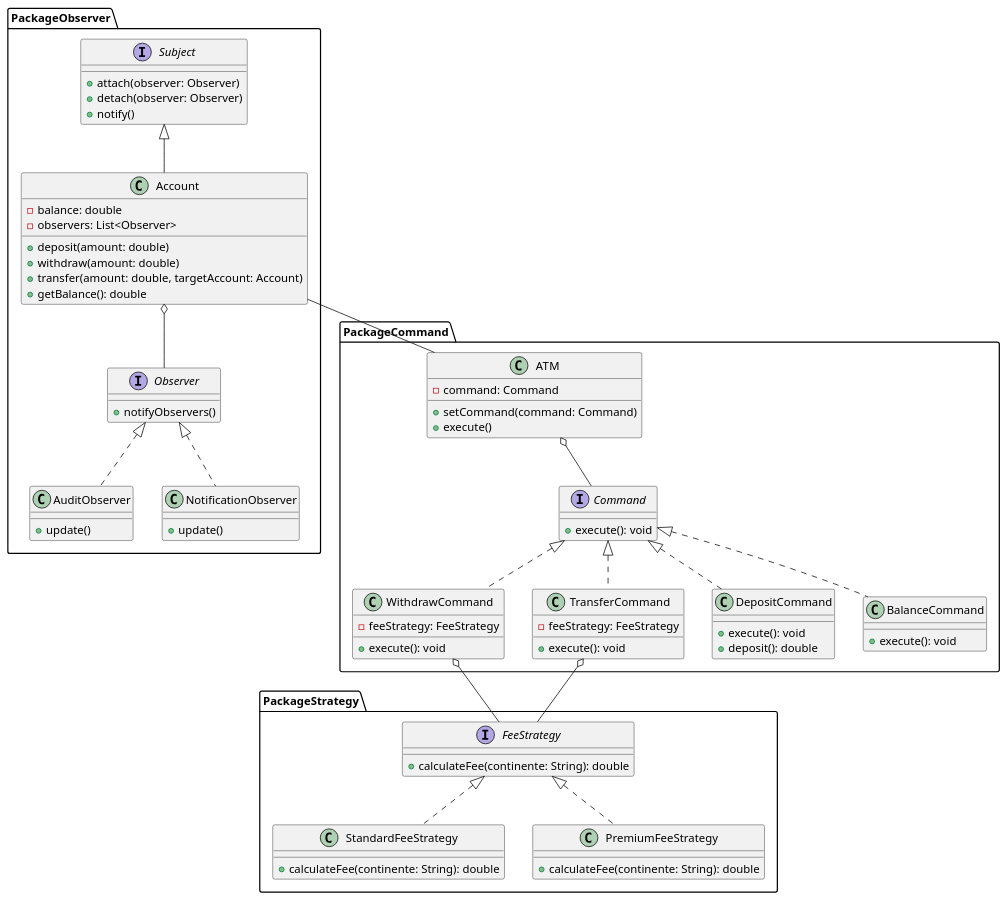
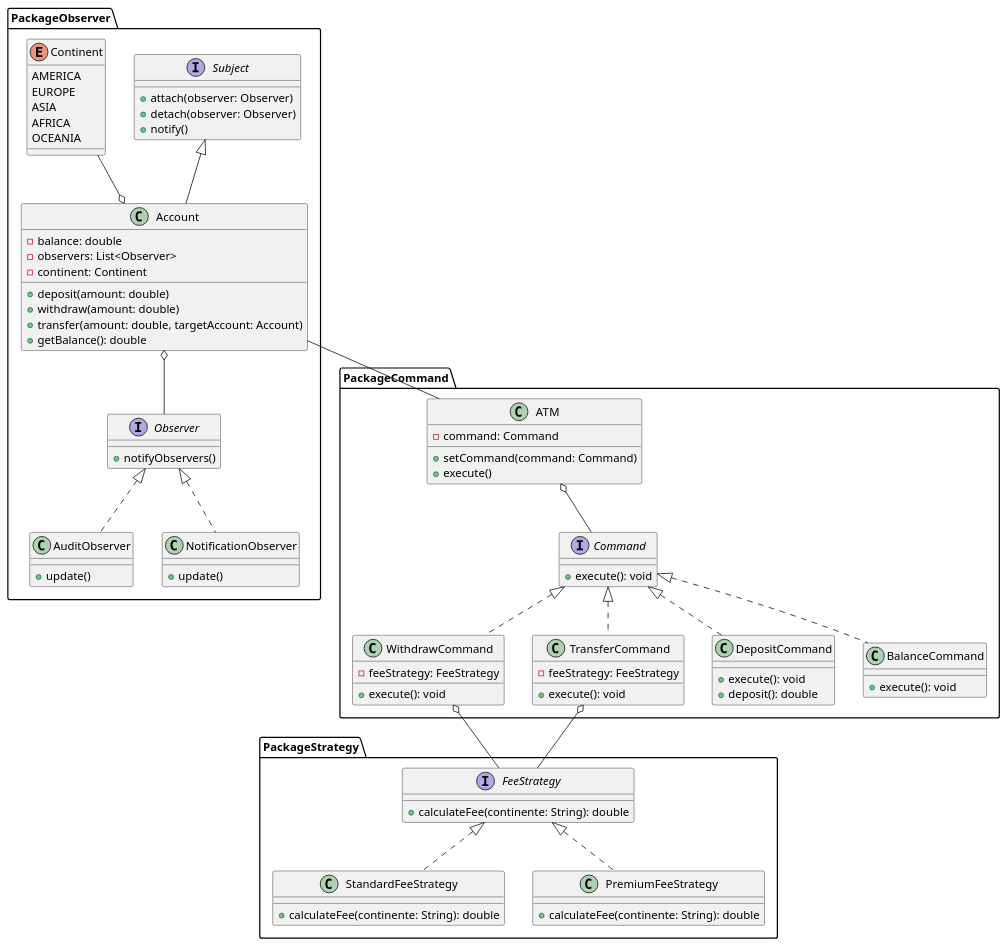
Before and after one commit to andresguti17/CajeroAutomatico: the diagram in Diagramas/Clases/ATM.wsd, drawn with PlantUML. The commit also changed 5 other files, not shown here.

Commit message:
package Strategy hecho, creación de ENUM Continent en packageObserver y modificación del diagrama

```diff
--- a/Diagramas/Clases/ATM.wsd
+++ b/Diagramas/Clases/ATM.wsd
@@ -1,105 +1,116 @@
 @startuml
 
 package PackageCommand {
     class ATM {
         - command: Command
 
         + setCommand(command: Command)
         + execute()
     }
 
     interface   Command {
         + execute(): void
     }
 
     class    WithdrawCommand {
         - feeStrategy: FeeStrategy
 
         + execute(): void
     }
 
     class    TransferCommand {
         - feeStrategy: FeeStrategy
 
         + execute(): void
     }
 
     class    DepositCommand {
         + execute(): void
         + deposit(): double 
     }
 
     class    BalanceCommand {
         + execute(): void
     }
 
     Command <|.. WithdrawCommand
     Command <|.. DepositCommand
     Command <|.. TransferCommand
     Command <|.. BalanceCommand
 
 }
 
 package PackageStrategy {
 
     interface   FeeStrategy {
         + calculateFee(continente: String): double
     }
 
     class    StandardFeeStrategy {
         + calculateFee(continente: String): double
     }
 
     class    PremiumFeeStrategy {
         + calculateFee(continente: String): double
     }
 
     FeeStrategy <|.. StandardFeeStrategy
     FeeStrategy <|.. PremiumFeeStrategy
 }
 
 package PackageObserver {
 
     interface  Subject {
         + attach(observer: Observer)
         + detach(observer: Observer)
         + notify()
     }
 
+    enum Continent {
+        AMERICA
+        EUROPE
+        ASIA
+        AFRICA
+        OCEANIA
+    }
+
     class Account {
         - balance: double
         - observers: List<Observer>
+        - continent: Continent
 
         + deposit(amount: double)
         + withdraw(amount: double)
         + transfer(amount: double, targetAccount: Account)
         + getBalance(): double
     }
 
     interface    Observer {
         + notifyObservers()
     }
 
     class    AuditObserver {
         + update()
     }
 
     class    NotificationObserver {
         + update()
     }
 
+    Continent --o Account
+
     Observer <|.. AuditObserver
     Observer <|.. NotificationObserver
 }
 
 ATM o-- Command
 
 WithdrawCommand o-- FeeStrategy 
 TransferCommand o-- FeeStrategy
 
 Account o-- Observer
 Subject <|-- Account
 
 Account -- ATM
 
 @enduml
```
